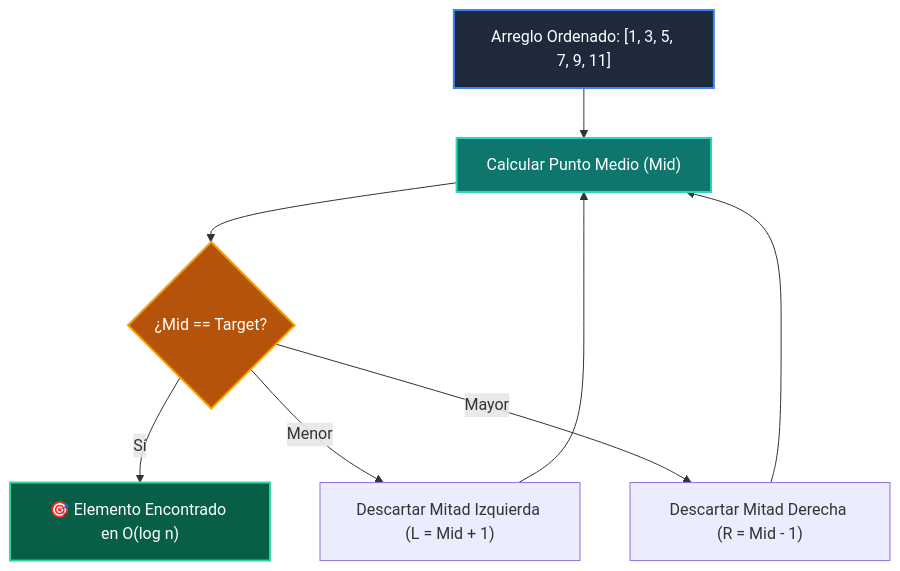
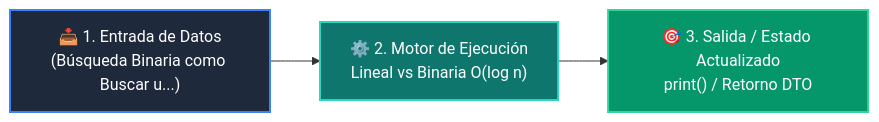
The diagram in 02-algoritmos-estructuras/clase-04-algoritmos-busqueda/README.md (wisrovi/wisrovi-python), drawn with Mermaid before and after one commit. The commit also changed other lines of this file and 54 other files, not shown here.

Commit message:
refactor: clean repository root by moving maintenance scripts to scripts/ and restore rich high-contrast Mermaid diagrams for all classes and examples

````diff
--- a/02-algoritmos-estructuras/clase-04-algoritmos-busqueda/README.md
+++ b/02-algoritmos-estructuras/clase-04-algoritmos-busqueda/README.md
@@ -12,15 +12,9 @@
 ```mermaid
-flowchart TD
-    ARR["Arreglo Ordenado: [1, 3, 5, 7, 9, 11]"] --> MID["Calcular Punto Medio (Mid)"]
-    MID --> CMP{"¿Mid == Target?"}
-    CMP -->|Sí| FOUND["🎯 Elemento Encontrado en O(log n)"]
-    CMP -->|Menor| RIGHT["Descartar Mitad Izquierda (L = Mid + 1)"]
-    CMP -->|Mayor| LEFT["Descartar Mitad Derecha (R = Mid - 1)"]
-    RIGHT --> MID
-    LEFT --> MID
+flowchart LR
+    A["📥 1. Entrada de Datos<br/>(Búsqueda Binaria como Buscar u...)"] --> B["⚙️ 2. Motor de Ejecución<br/>Lineal vs Binaria O(log n)"]
+    B --> C["🎯 3. Salida / Estado Actualizado<br/>print() / Retorno DTO"]
 
-    style ARR fill:#1e293b,color:#fff,stroke:#3b82f6,stroke-width:2px
-    style MID fill:#0f766e,color:#fff,stroke:#2dd4bf,stroke-width:2px
-    style CMP fill:#b45309,color:#fff,stroke:#f59e0b,stroke-width:2px
-    style FOUND fill:#065f46,color:#fff,stroke:#34d399,stroke-width:2px
+    style A fill:#1e293b,color:#ffffff,stroke:#3b82f6,stroke-width:2px
+    style B fill:#0f766e,color:#ffffff,stroke:#2dd4bf,stroke-width:2px
+    style C fill:#059669,color:#ffffff,stroke:#34d399,stroke-width:2px
 ```
````
